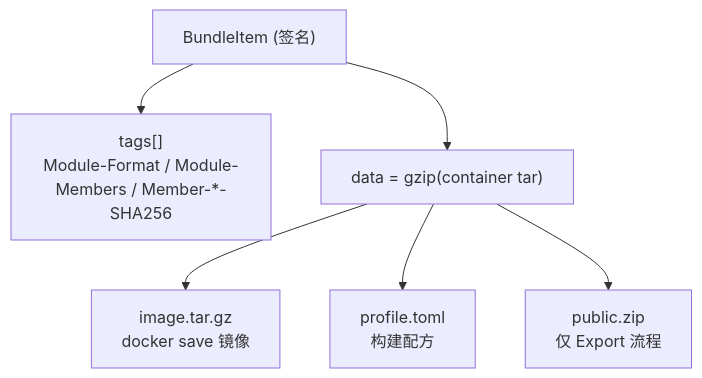
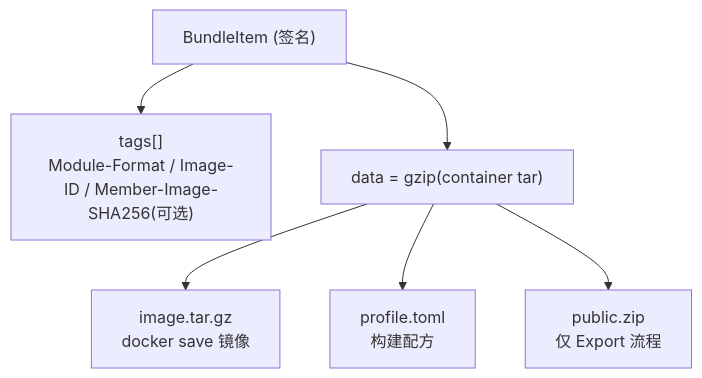
The first of 5 diagrams in docs/superpowers/specs/2026-06-16-vmdocker-capability-export-import-design.md (cryptowizard0/vmdocker_agent), drawn with Mermaid before and after one commit. The commit also changed other lines of this file, not shown here.

First line of the commit message:
Slim module tags: drop Module-Members and per-member profile/public sha

````diff
--- a/docs/superpowers/specs/2026-06-16-vmdocker-capability-export-import-design.md
+++ b/docs/superpowers/specs/2026-06-16-vmdocker-capability-export-import-design.md
@@ -198,15 +198,15 @@
 ```mermaid
 flowchart TB
     BI["BundleItem (签名)"]
-    Tags["tags[]<br/>Module-Format / Module-Members / Member-*-SHA256"]
+    Tags["tags[]<br/>Module-Format / Image-ID / Member-Image-SHA256(可选)"]
     Data["data = gzip(container tar)"]
     M1["image.tar.gz<br/>docker save 镜像"]
     M2["profile.toml<br/>构建配方"]
     M3["public.zip<br/>仅 Export 流程"]
 
     BI --> Tags
     BI --> Data
     Data --> M1
     Data --> M2
     Data --> M3
 ```
````
